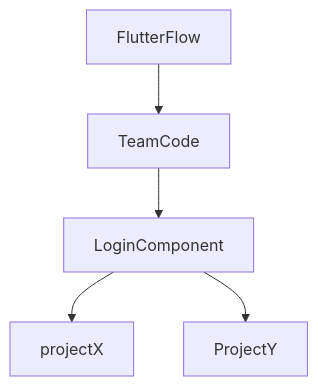
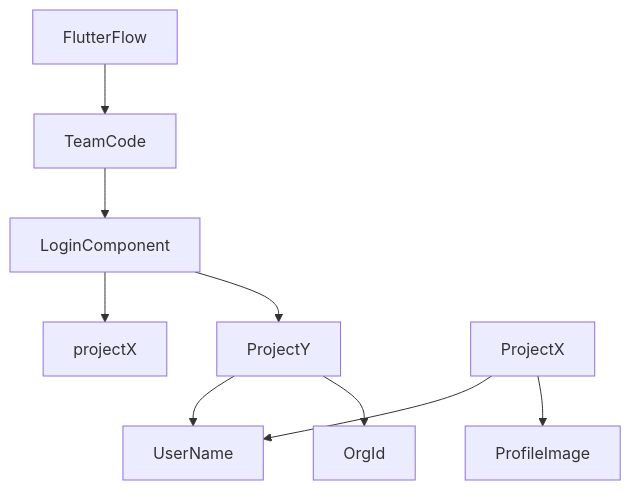
One commit to UX-Living-Lab-Flutter-flow-projects/Dowell-Mobile-Login-Component changed the diagram in README.md. Above: the diagram before and after it, drawn with Mermaid.

Commit message:
Update diagram README.md

````diff
--- a/README.md
+++ b/README.md
@@ -10,8 +10,12 @@
 ```mermaid
 graph TD;
     FlutterFlow --> TeamCode;
     TeamCode --> LoginComponent;
      LoginComponent--> projectX;
      LoginComponent-->  ProjectY;
+     ProjectX--> UserName;
+     ProjectX--> ProfileImage;
+     ProjectY--> UserName;
+     ProjectY--> OrgId;    
   
 ```
````
